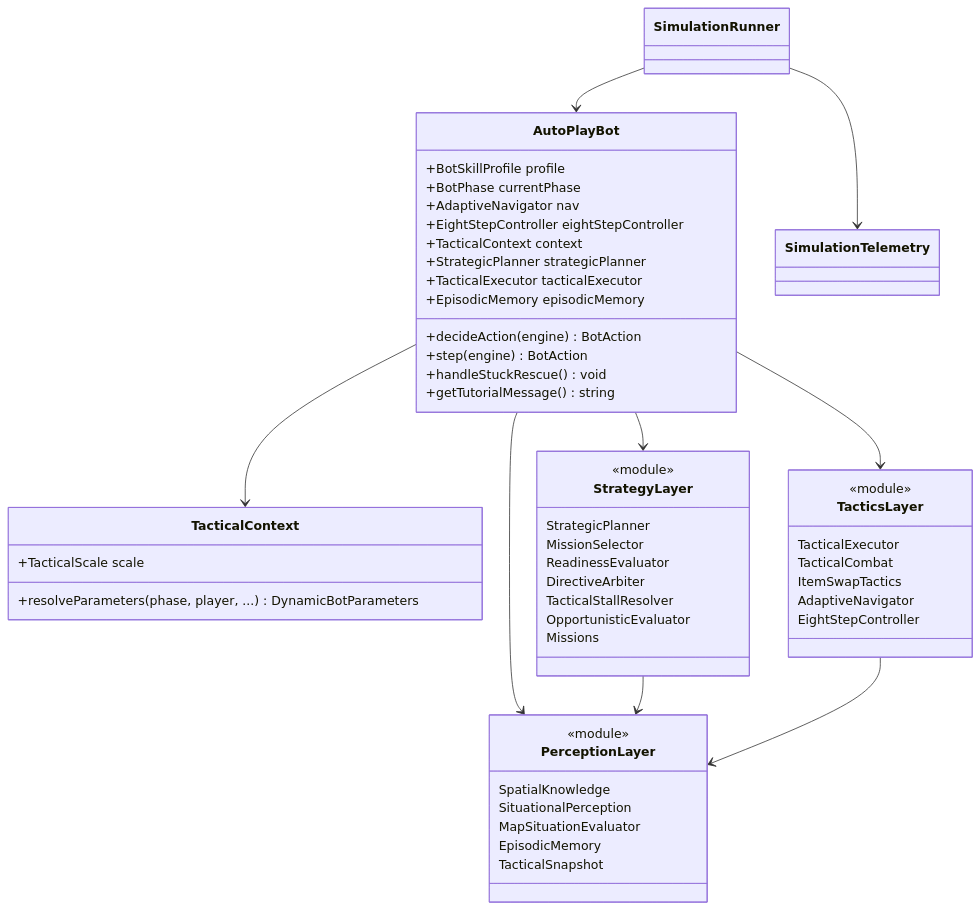
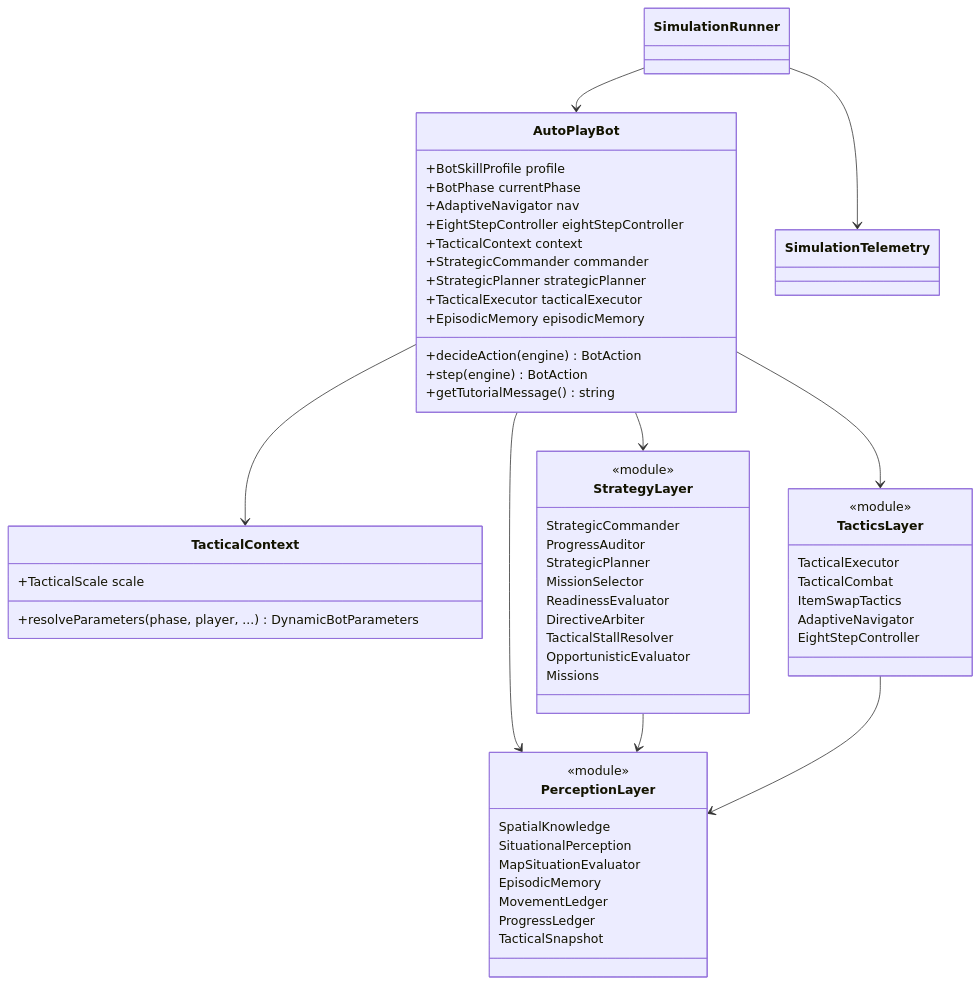
The third of 5 diagrams in docs/architecture/technical_design.md (e3sh/ds1), drawn with Mermaid before and after one commit. The commit also changed other lines of this file and 40 other files, not shown here.

````diff
--- a/docs/architecture/technical_design.md
+++ b/docs/architecture/technical_design.md
@@ -408,60 +408,64 @@
 ```mermaid
 classDiagram
     class AutoPlayBot {
         +BotSkillProfile profile
         +BotPhase currentPhase
         +AdaptiveNavigator nav
         +EightStepController eightStepController
         +TacticalContext context
+        +StrategicCommander commander
         +StrategicPlanner strategicPlanner
         +TacticalExecutor tacticalExecutor
         +EpisodicMemory episodicMemory
         +decideAction(engine) BotAction
         +step(engine) BotAction
-        +handleStuckRescue() void
         +getTutorialMessage() string
     }
 
     class TacticalContext {
         +TacticalScale scale
         +resolveParameters(phase, player, ...) DynamicBotParameters
     }
 
     class PerceptionLayer {
         <<module>>
         SpatialKnowledge
         SituationalPerception
         MapSituationEvaluator
         EpisodicMemory
+        MovementLedger
+        ProgressLedger
         TacticalSnapshot
     }
 
     class StrategyLayer {
         <<module>>
+        StrategicCommander
+        ProgressAuditor
         StrategicPlanner
         MissionSelector
         ReadinessEvaluator
         DirectiveArbiter
         TacticalStallResolver
         OpportunisticEvaluator
         Missions
     }
 
     class TacticsLayer {
         <<module>>
         TacticalExecutor
         TacticalCombat
         ItemSwapTactics
         AdaptiveNavigator
         EightStepController
     }
 
     AutoPlayBot --> TacticalContext
     AutoPlayBot --> PerceptionLayer
     AutoPlayBot --> StrategyLayer
     AutoPlayBot --> TacticsLayer
     StrategyLayer --> PerceptionLayer
     TacticsLayer --> PerceptionLayer
     SimulationRunner --> AutoPlayBot
     SimulationRunner --> SimulationTelemetry
 ```
````
